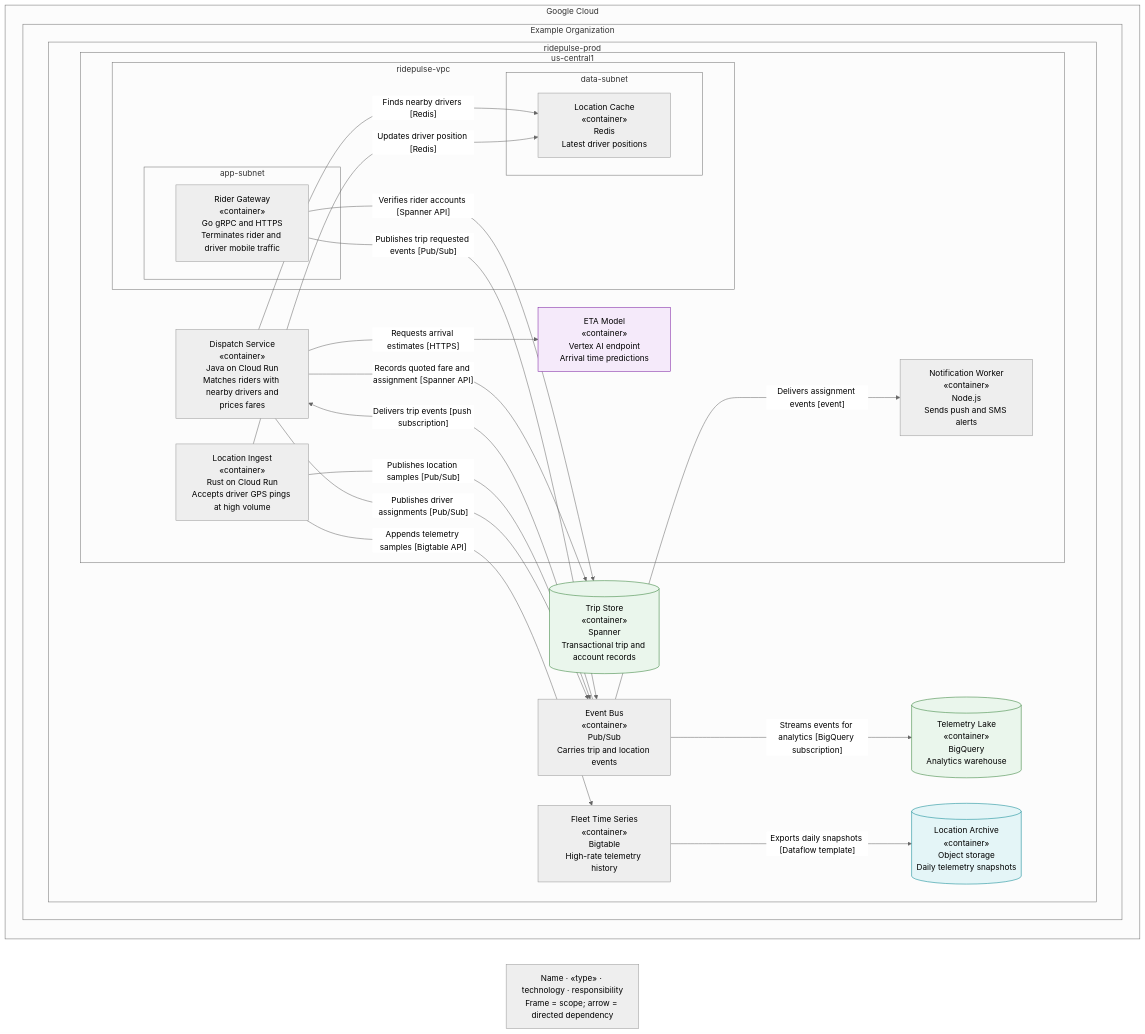
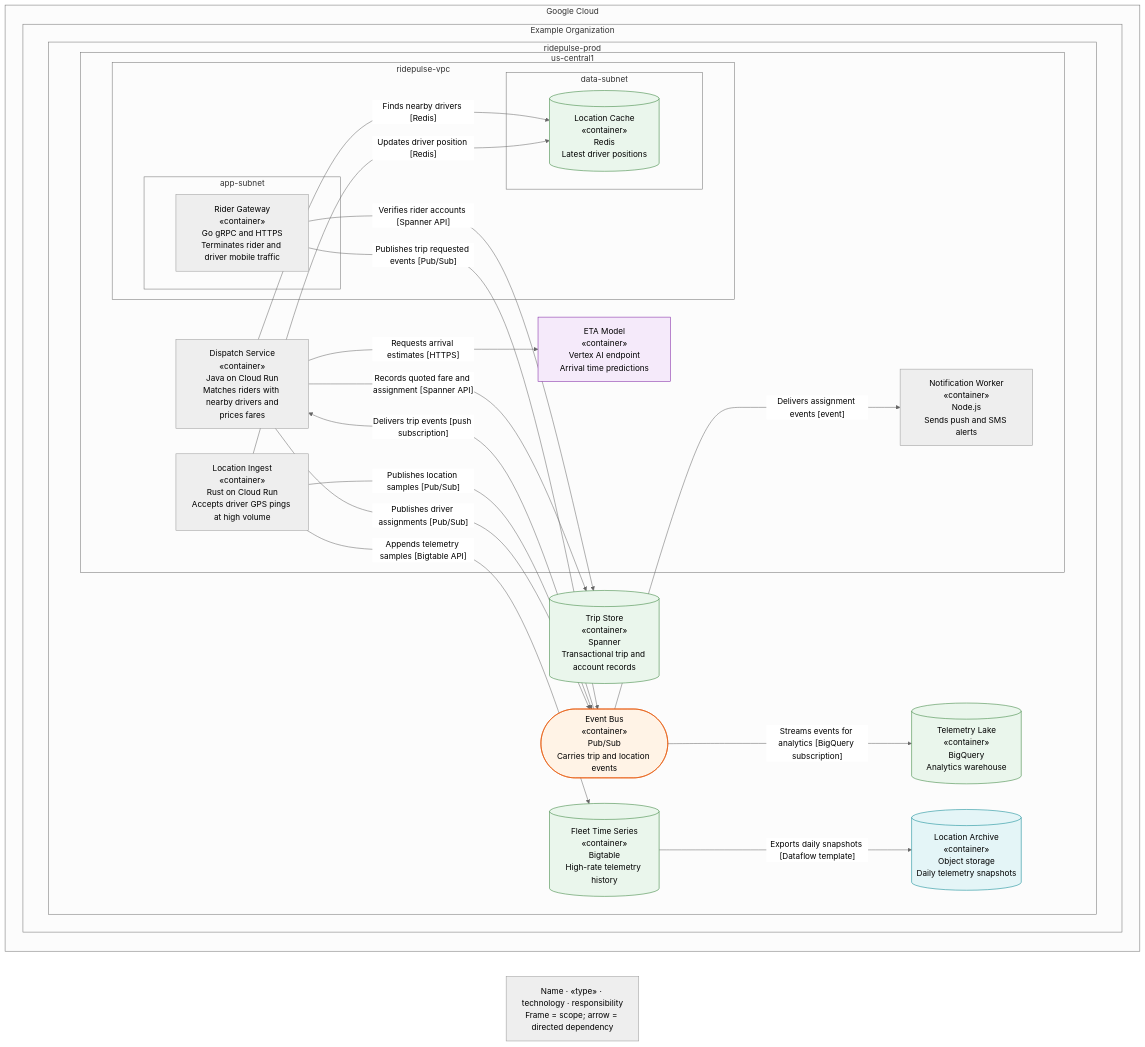
Before and after one commit to tyler59simon/architecture-suite-plugin: the diagram in examples/ride-dispatch/icon-styles/modern/06-gcp-deployment/gcp-deployment.mmd, drawn with Mermaid (neutral theme). The commit also changed 363 other files, not shown here.

```diff
--- a/examples/ride-dispatch/icon-styles/modern/06-gcp-deployment/gcp-deployment.mmd
+++ b/examples/ride-dispatch/icon-styles/modern/06-gcp-deployment/gcp-deployment.mmd
@@ -1,45 +1,48 @@
 %% Architecture Suite schema 2.0; portable layout is independent of ELK
 flowchart LR
   subgraph n0["Google Cloud"]
     subgraph n1["Example Organization"]
       subgraph n2["ridepulse-prod"]
-        n3["Event Bus#10;«container»#10;Pub/Sub#10;Carries trip and location events"]
-        n4["Fleet Time Series#10;«container»#10;Bigtable#10;High-rate telemetry history"]
+        n3(["Event Bus#10;«container»#10;Pub/Sub#10;Carries trip and location events"])
+        style n3 fill:#fff3e6,stroke:#e65100
+        n4[("Fleet Time Series#10;«container»#10;Bigtable#10;High-rate telemetry history")]
+        style n4 fill:#eaf6ec,stroke:#2e7d32
         n5[("Location Archive#10;«container»#10;Object storage#10;Daily telemetry snapshots")]
         style n5 fill:#e4f5f7,stroke:#00838f
         n6[("Telemetry Lake#10;«container»#10;BigQuery#10;Analytics warehouse")]
         style n6 fill:#eaf6ec,stroke:#2e7d32
         n7[("Trip Store#10;«container»#10;Spanner#10;Transactional trip and account records")]
         style n7 fill:#eaf6ec,stroke:#2e7d32
         subgraph n8["us-central1"]
           n9["Dispatch Service#10;«container»#10;Java on Cloud Run#10;Matches riders with nearby drivers and#10;prices fares"]
           n10["ETA Model#10;«container»#10;Vertex AI endpoint#10;Arrival time predictions"]
           style n10 fill:#f5eafa,stroke:#7b1fa2
           n11["Location Ingest#10;«container»#10;Rust on Cloud Run#10;Accepts driver GPS pings at high volume"]
           n12["Notification Worker#10;«container»#10;Node.js#10;Sends push and SMS alerts"]
           subgraph n13["ridepulse-vpc"]
             subgraph n14["app-subnet"]
               n15["Rider Gateway#10;«container»#10;Go gRPC and HTTPS#10;Terminates rider and driver mobile traffic"]
             end
             subgraph n16["data-subnet"]
-              n17["Location Cache#10;«container»#10;Redis#10;Latest driver positions"]
+              n17[("Location Cache#10;«container»#10;Redis#10;Latest driver positions")]
+              style n17 fill:#eaf6ec,stroke:#2e7d32
             end
           end
         end
       end
     end
   end
   n9 -->|"Requests arrival estimates #91;HTTPS#93;"| n10
   n9 -->|"Records quoted fare and assignment #91;Spanner API#93;"| n7
   n9 -->|"Publishes driver assignments #91;Pub/Sub#93;"| n3
   n11 -->|"Updates driver position #91;Redis#93;"| n17
   n11 -->|"Appends telemetry samples #91;Bigtable API#93;"| n4
   n11 -->|"Publishes location samples #91;Pub/Sub#93;"| n3
   n3 -->|"Delivers assignment events #91;event#93;"| n12
   n3 -->|"Streams events for analytics #91;BigQuery subscription#93;"| n6
   n4 -->|"Exports daily snapshots #91;Dataflow template#93;"| n5
   n15 -->|"Verifies rider accounts #91;Spanner API#93;"| n7
   n15 -->|"Publishes trip requested events #91;Pub/Sub#93;"| n3
   n3 -->|"Delivers trip events #91;push subscription#93;"| n9
   n9 -->|"Finds nearby drivers #91;Redis#93;"| n17
   notation_key["Name · «type» · technology · responsibility#10;Frame = scope; arrow = directed dependency"]
```
